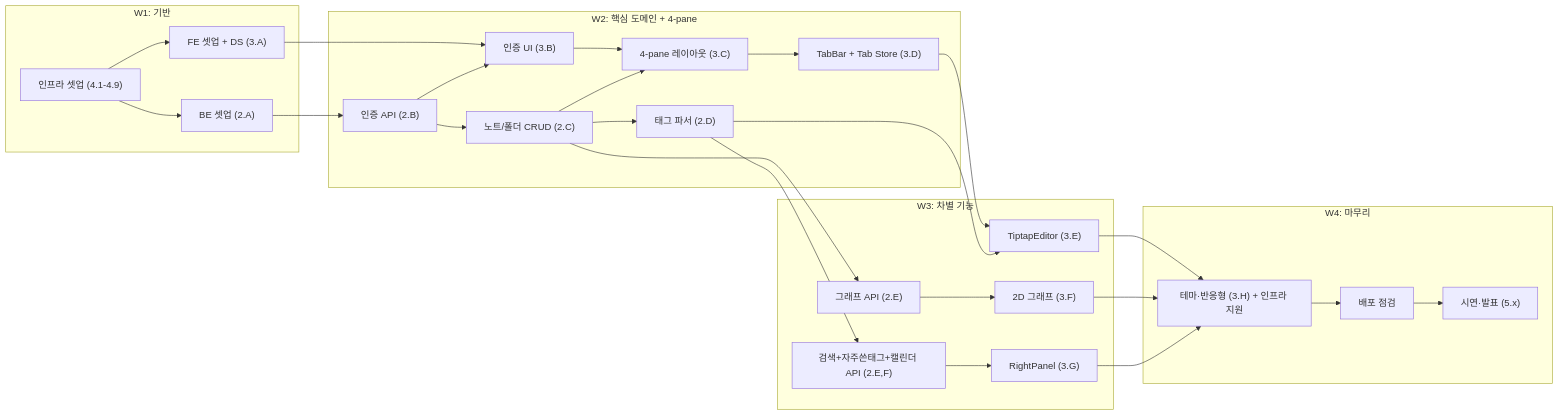
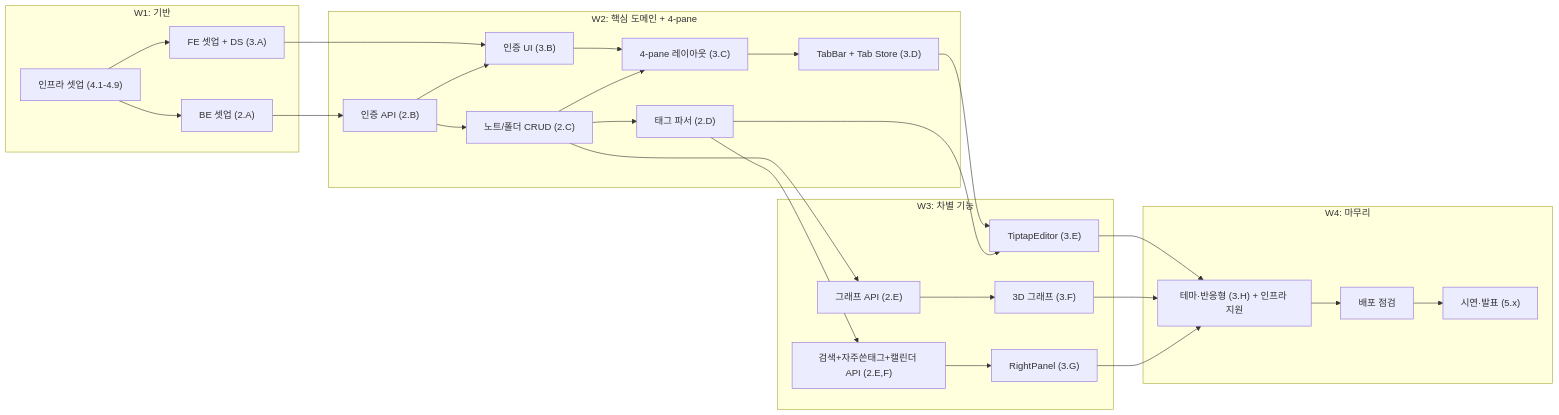
The diagram in 02_일정/WBS_및_역할분담.md (GC-Five-Guys/Docs), drawn with Mermaid before and after one commit. The commit also changed other lines of this file and 10 other files, not shown here.

````diff
--- a/02_일정/WBS_및_역할분담.md
+++ b/02_일정/WBS_및_역할분담.md
@@ -322,46 +611,46 @@
 ```mermaid
 flowchart LR
   subgraph W1["W1: 기반"]
     INFRA["인프라 셋업 (4.1-4.9)"]
     SETUP_BE["BE 셋업 (2.A)"]
     SETUP_FE["FE 셋업 + DS (3.A)"]
   end
 
   subgraph W2["W2: 핵심 도메인 + 4-pane"]
     AUTH_BE["인증 API (2.B)"]
     AUTH_FE["인증 UI (3.B)"]
     NOTE_BE["노트/폴더 CRUD (2.C)"]
     PARSE["태그 파서 (2.D)"]
     LAYOUT["4-pane 레이아웃 (3.C)"]
     TAB["TabBar + Tab Store (3.D)"]
   end
 
   subgraph W3["W3: 차별 기능"]
     EDITOR["TiptapEditor (3.E)"]
     GRAPH_BE["그래프 API (2.E)"]
-    GRAPH_FE["2D 그래프 (3.F)"]
+    GRAPH_FE["3D 그래프 (3.F)"]
     SEARCH["검색+자주쓴태그+캘린더 API (2.E,F)"]
     RIGHT["RightPanel (3.G)"]
   end
 
   subgraph W4["W4: 마무리"]
     POLISH["테마·반응형 (3.H) + 인프라 지원"]
     DEPLOY["배포 점검"]
     DEMO["시연·발표 (5.x)"]
   end
 
   INFRA --> SETUP_BE
   INFRA --> SETUP_FE
   SETUP_BE --> AUTH_BE --> NOTE_BE --> PARSE
   SETUP_FE --> AUTH_FE --> LAYOUT --> TAB
   AUTH_BE --> AUTH_FE
   NOTE_BE --> LAYOUT
   TAB --> EDITOR
   PARSE --> EDITOR
   NOTE_BE --> GRAPH_BE --> GRAPH_FE
   PARSE --> SEARCH --> RIGHT
   EDITOR --> POLISH
   GRAPH_FE --> POLISH
   RIGHT --> POLISH
   POLISH --> DEPLOY --> DEMO
 ```
````
